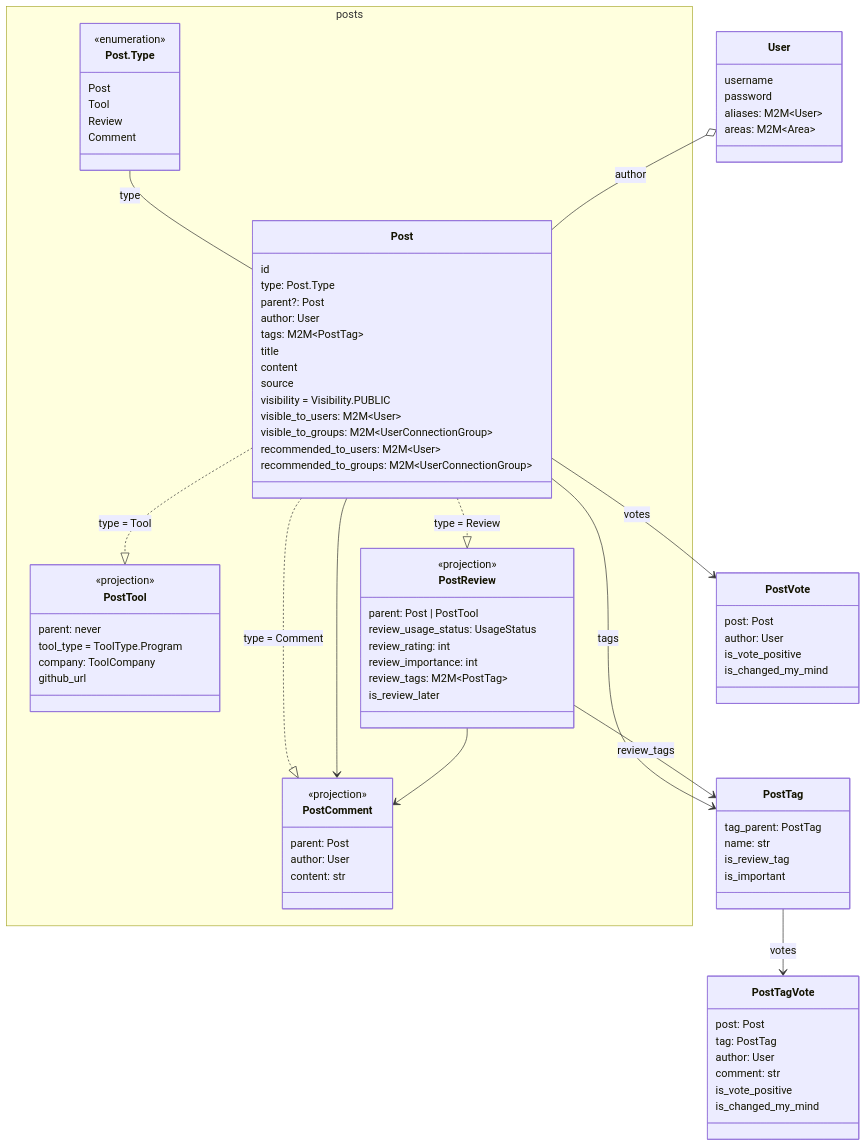
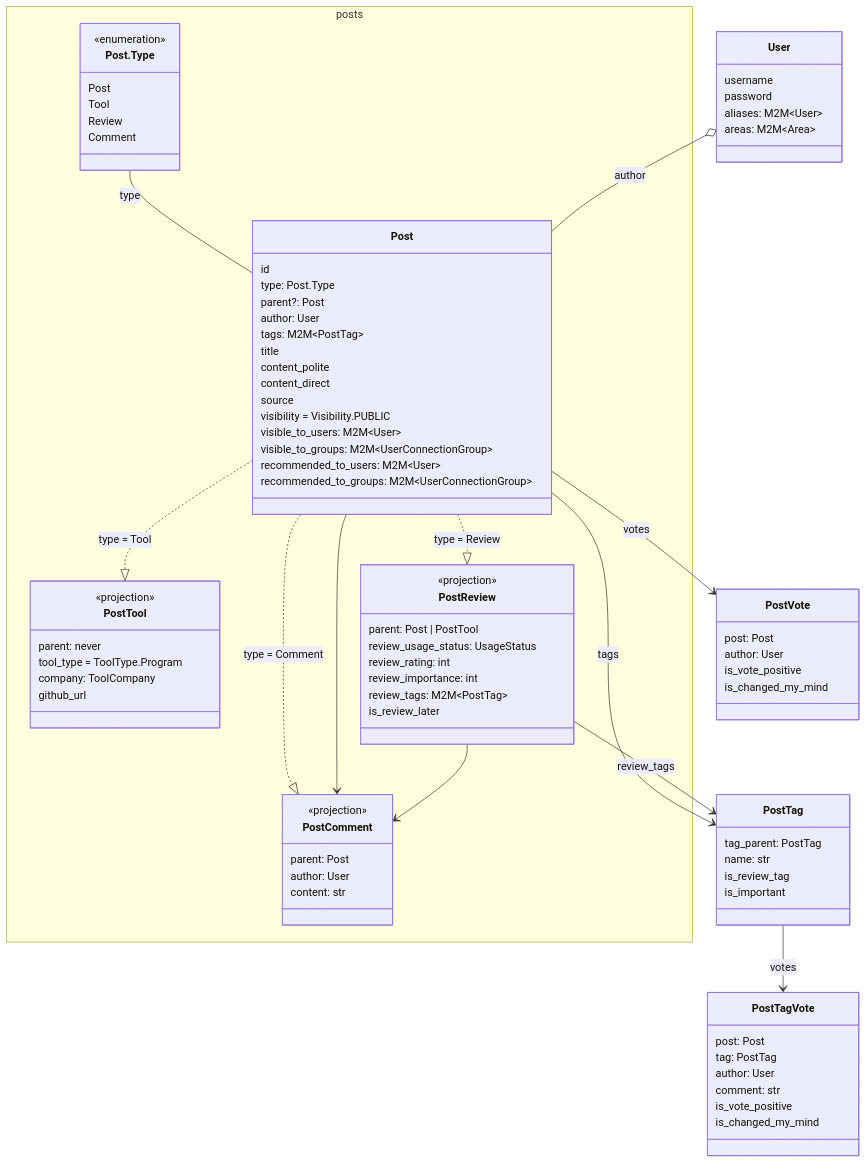
One commit to neuronhub-app/NeuronHub changed the diagram in docs/architecture.md. Above: the diagram before and after it, drawn with Mermaid. The commit also changed other lines of this file, not shown here.

```diff
--- a/docs/architecture.md
+++ b/docs/architecture.md
@@ -37,7 +39,8 @@
             
             %% CharField
             title
-            content
+            content_polite
+            content_direct
             source
 
             %% Sharing
```
